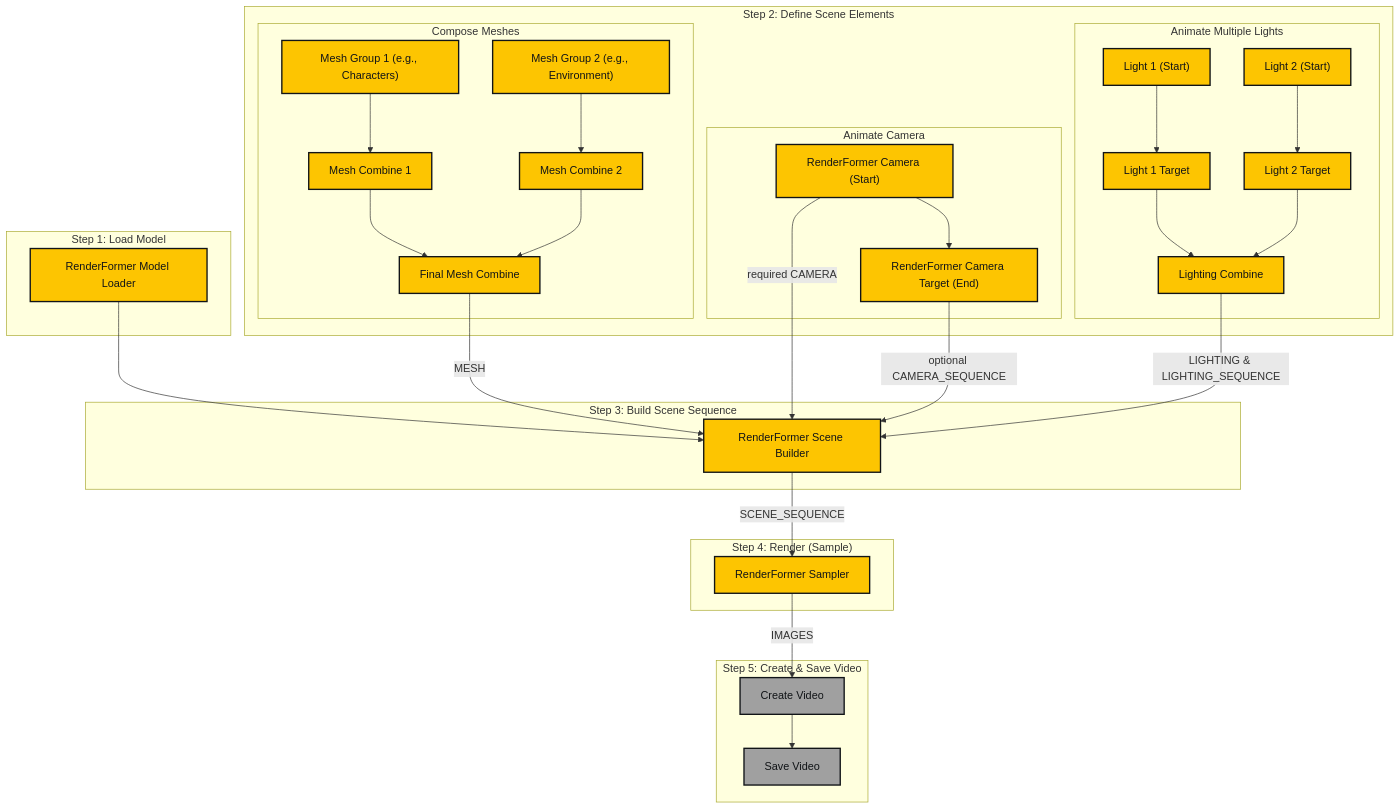
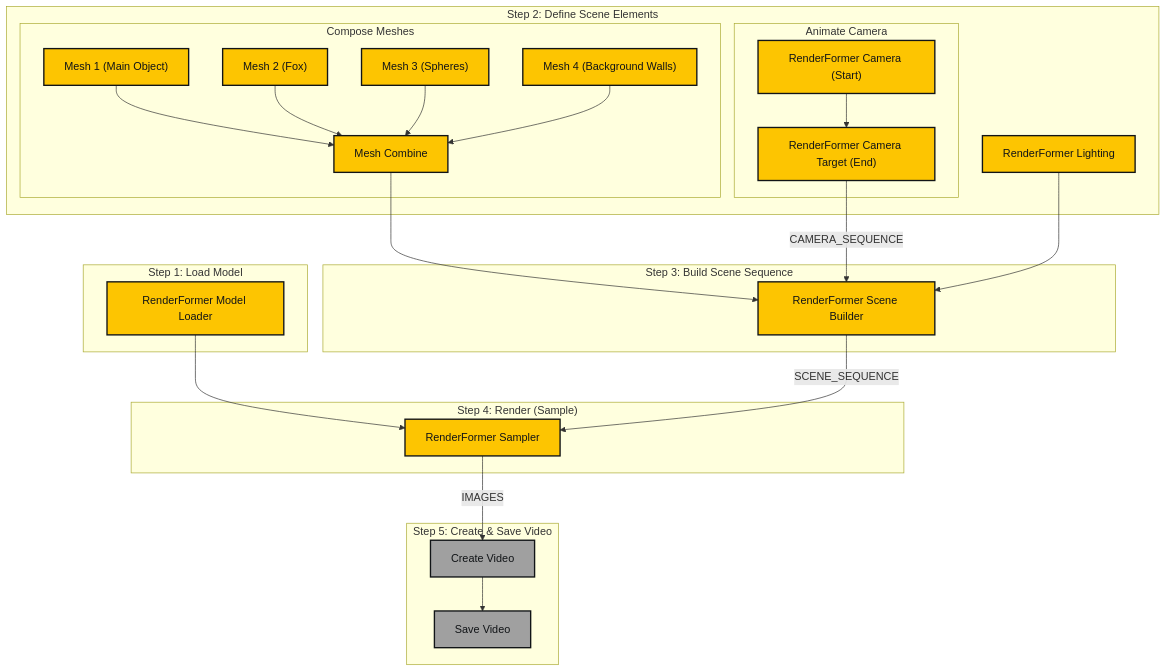
The second of 2 diagrams in README.md (paulh4x/ComfyUI_PHRenderFormerWrapper), drawn with Mermaid before and after one commit. The commit also changed other lines of this file and 5 other files, not shown here.

````diff
--- a/README.md
+++ b/README.md
@@ -77,61 +124,51 @@
 ```mermaid
 graph TD
     subgraph "Step 1: Load Model"
         A["RenderFormer Model Loader"]
     end
 
     subgraph "Step 2: Define Scene Elements"
         subgraph "Compose Meshes"
-            B1["Mesh Group 1 (e.g., Characters)"] --> C1["Mesh Combine 1"]
-            B2["Mesh Group 2 (e.g., Environment)"] --> C2["Mesh Combine 2"]
-            C1 --> C3["Final Mesh Combine"]
-            C2 --> C3
+            B1["Mesh 1 (Main Object)"] --> C["Mesh Combine"]
+            B2["Mesh 2 (Fox)"] --> C
+            B3["Mesh 3 (Spheres)"] --> C
+            B4["Mesh 4 (Background Walls)"] --> C
         end
 
         subgraph "Animate Camera"
             D1["RenderFormer Camera (Start)"] --> D2["RenderFormer Camera Target (End)"]
         end
         
-        subgraph "Animate Multiple Lights"
-            L1_Start["Light 1 (Start)"] --> L1_Target["Light 1 Target"]
-            L2_Start["Light 2 (Start)"] --> L2_Target["Light 2 Target"]
-            L1_Target --> LC["Lighting Combine"]
-            L2_Target --> LC
-        end
+        E["RenderFormer Lighting"]
     end
 
     subgraph "Step 3: Build Scene Sequence"
-        A --> F["RenderFormer Scene Builder"]
-        C3 -- MESH --> F
-        D1 -- required CAMERA --> F
-        D2 -- optional CAMERA_SEQUENCE --> F
-        LC -- LIGHTING & LIGHTING_SEQUENCE --> F
+        C --> F["RenderFormer Scene Builder"]
+        D2 -- CAMERA_SEQUENCE --> F
+        E --> F
     end
 
     subgraph "Step 4: Render (Sample)"
-        F -- SCENE_SEQUENCE --> G["RenderFormer Sampler"]
+        A --> G["RenderFormer Sampler"]
+        F -- SCENE_SEQUENCE --> G
     end
 
     subgraph "Step 5: Create & Save Video"
         G -- IMAGES --> H["Create Video"]
         H --> I["Save Video"]
     end
 
     style A fill:#FDC501,stroke:#111417,stroke-width:2px,color:#111417
     style B1 fill:#FDC501,stroke:#111417,stroke-width:2px,color:#111417
     style B2 fill:#FDC501,stroke:#111417,stroke-width:2px,color:#111417
-    style C1 fill:#FDC501,stroke:#111417,stroke-width:2px,color:#111417
-    style C2 fill:#FDC501,stroke:#111417,stroke-width:2px,color:#111417
-    style C3 fill:#FDC501,stroke:#111417,stroke-width:2px,color:#111417
+    style B3 fill:#FDC501,stroke:#111417,stroke-width:2px,color:#111417
+    style B4 fill:#FDC501,stroke:#111417,stroke-width:2px,color:#111417
+    style C fill:#FDC501,stroke:#111417,stroke-width:2px,color:#111417
     style D1 fill:#FDC501,stroke:#111417,stroke-width:2px,color:#111417
     style D2 fill:#FDC501,stroke:#111417,stroke-width:2px,color:#111417
-    style L1_Start fill:#FDC501,stroke:#111417,stroke-width:2px,color:#111417
-    style L2_Start fill:#FDC501,stroke:#111417,stroke-width:2px,color:#111417
-    style L1_Target fill:#FDC501,stroke:#111417,stroke-width:2px,color:#111417
-    style L2_Target fill:#FDC501,stroke:#111417,stroke-width:2px,color:#111417
-    style LC fill:#FDC501,stroke:#111417,stroke-width:2px,color:#111417
+    style E fill:#FDC501,stroke:#111417,stroke-width:2px,color:#111417
     style F fill:#FDC501,stroke:#111417,stroke-width:2px,color:#111417
     style G fill:#FDC501,stroke:#111417,stroke-width:2px,color:#111417
     style H fill:#a0a0a0,stroke:#111417,stroke-width:2px,color:#111417
     style I fill:#a0a0a0,stroke:#111417,stroke-width:2px,color:#111417
 ```
````
